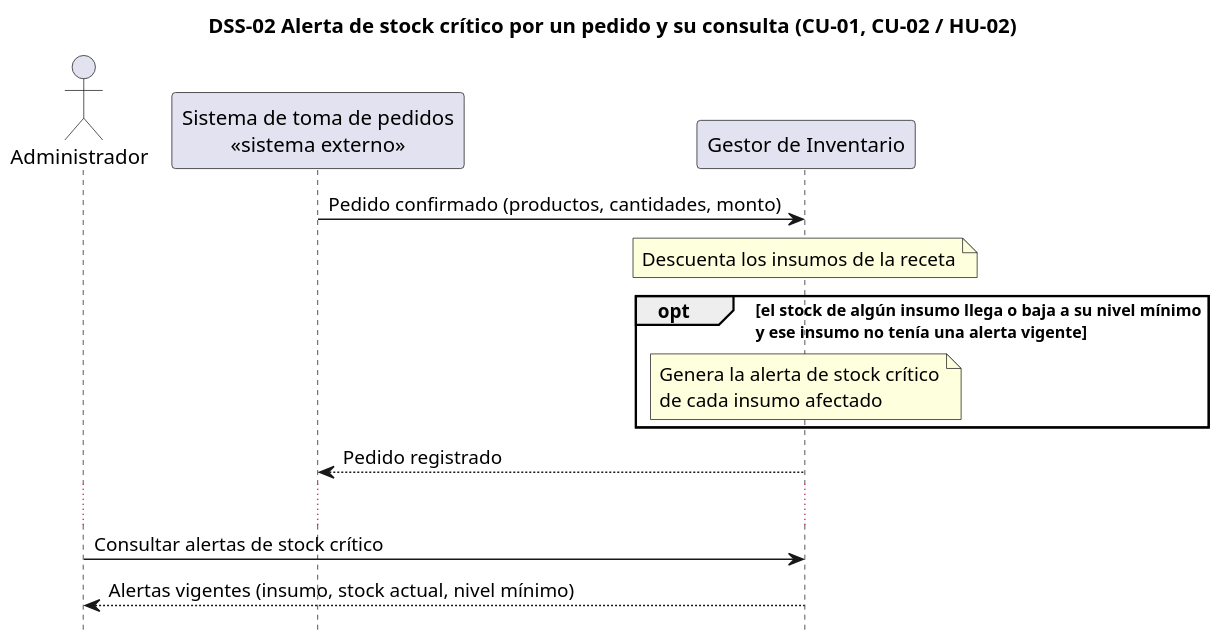
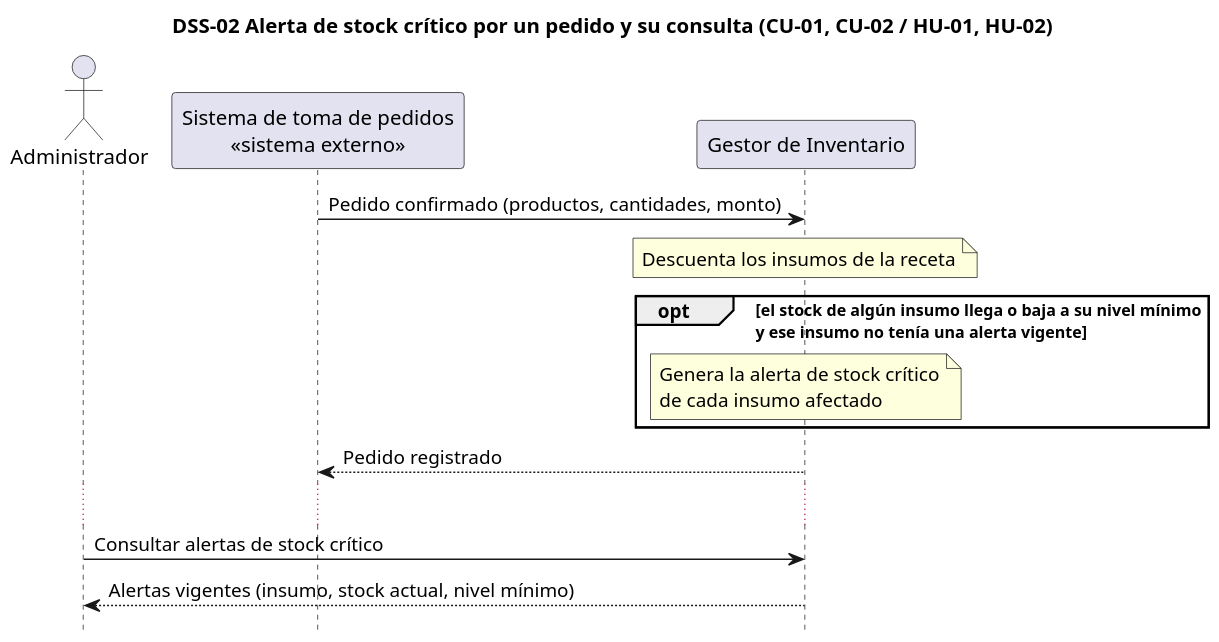
Before and after one commit to lambtto/Gestor-Inventario-Brookie: the diagram in diagramas/dss-02.puml, drawn with PlantUML. The commit also changed 16 other files, not shown here.

```diff
--- a/diagramas/dss-02.puml
+++ b/diagramas/dss-02.puml
@@ -1,18 +1,18 @@
 @startuml dss-02
-title DSS-02 Alerta de stock crítico por un pedido y su consulta (CU-01, CU-02 / HU-02)
+title DSS-02 Alerta de stock crítico por un pedido y su consulta (CU-01, CU-02 / HU-01, HU-02)
 skinparam dpi 140
 hide footbox
 actor Administrador as Adm
 participant "Sistema de toma de pedidos\n<<sistema externo>>" as SP
 participant "Gestor de Inventario" as G
 
 SP -> G : Pedido confirmado (productos, cantidades, monto)
 note over G : Descuenta los insumos de la receta
 opt el stock de algún insumo llega o baja a su nivel mínimo\ny ese insumo no tenía una alerta vigente
   note over G : Genera la alerta de stock crítico\nde cada insumo afectado
 end
 G --> SP : Pedido registrado
 ...
 Adm -> G : Consultar alertas de stock crítico
 G --> Adm : Alertas vigentes (insumo, stock actual, nivel mínimo)
 @enduml
```
